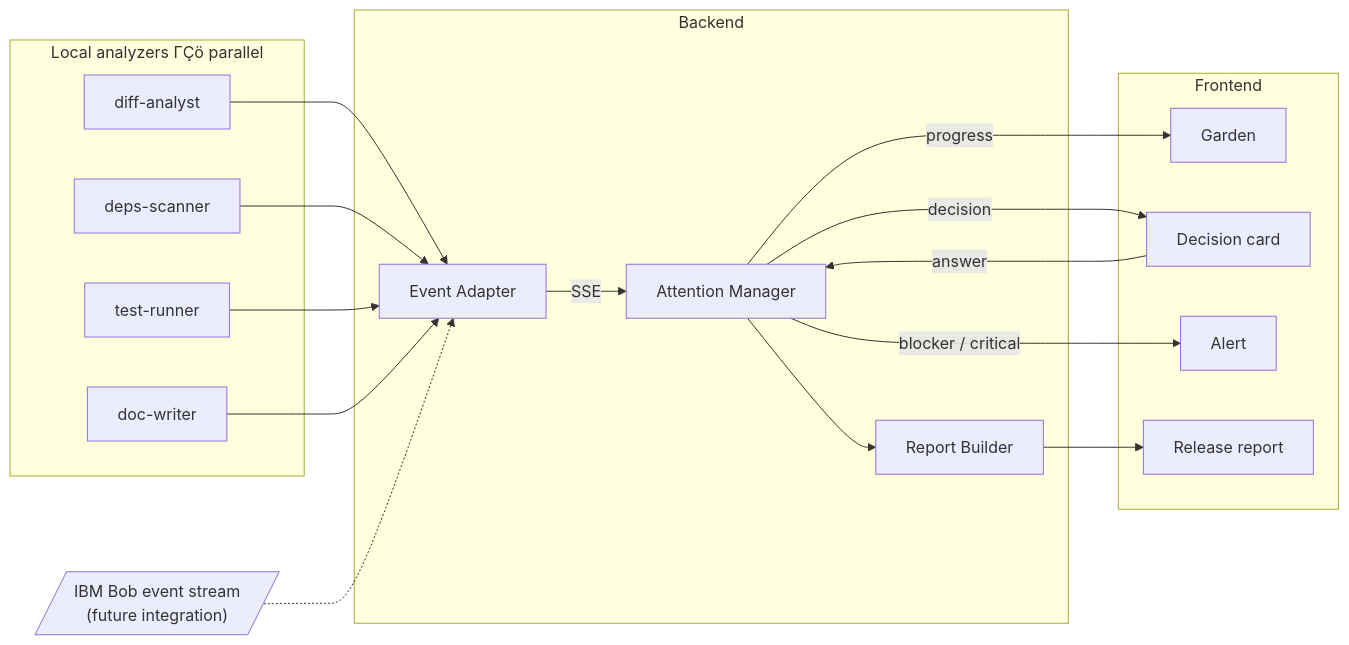
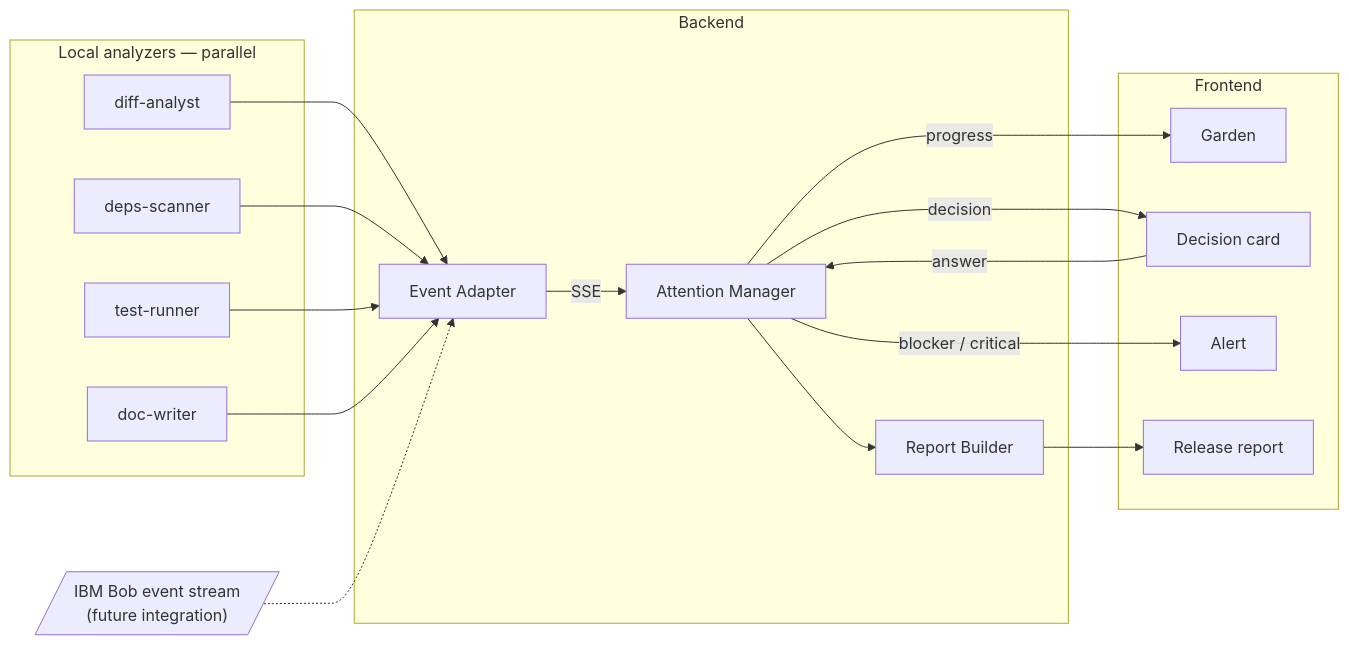
The fourth of 9 diagrams in README.md (TonyINSY6629/Project_for_IBM_Hackathon_Bob_in_Action), drawn with Mermaid before and after one commit. The commit also changed other lines of this file, not shown here.

````diff
--- a/README.md
+++ b/README.md
@@ -171,34 +171,34 @@
 ```mermaid
 flowchart LR
-  subgraph Analyzers["Local analyzers ΓÇö parallel"]
+  subgraph Analyzers["Local analyzers — parallel"]
     A1[diff-analyst]
     A2[deps-scanner]
     A3[test-runner]
     A4[doc-writer]
   end
 
-  BOB[/"IBM Bob event stream\n(future integration)"/]
+  BOB[/"IBM Bob event stream<br/>(future integration)"/]
 
   subgraph Server["Backend"]
     EA[Event Adapter]
     AM[Attention Manager]
     RB[Report Builder]
   end
 
   subgraph Web["Frontend"]
     G[Garden]
     D[Decision card]
     AL[Alert]
     R[Release report]
   end
 
   A1 & A2 & A3 & A4 --> EA
   BOB -.-> EA
   EA -->|SSE| AM
   AM -->|progress| G
   AM -->|decision| D
   AM -->|blocker / critical| AL
   AM --> RB
   RB --> R
   D -->|answer| AM
 ```
````
